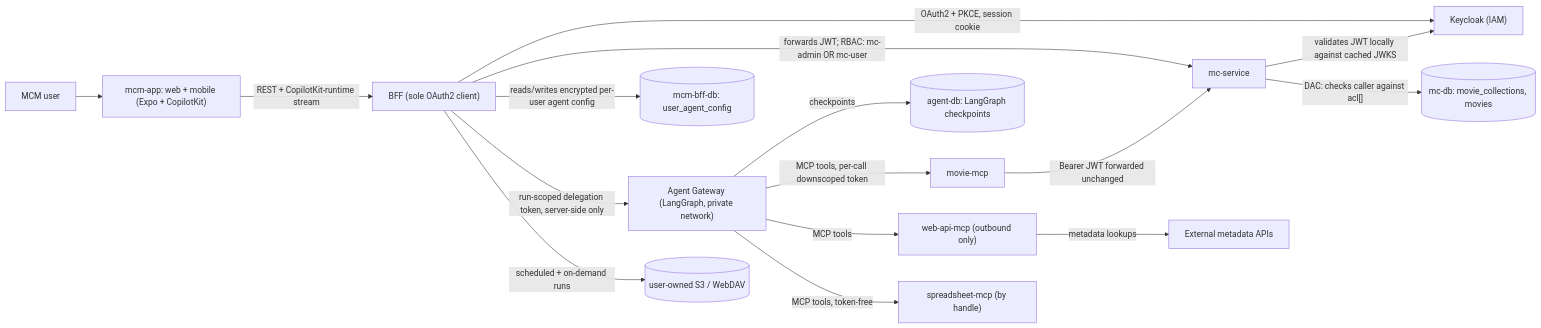
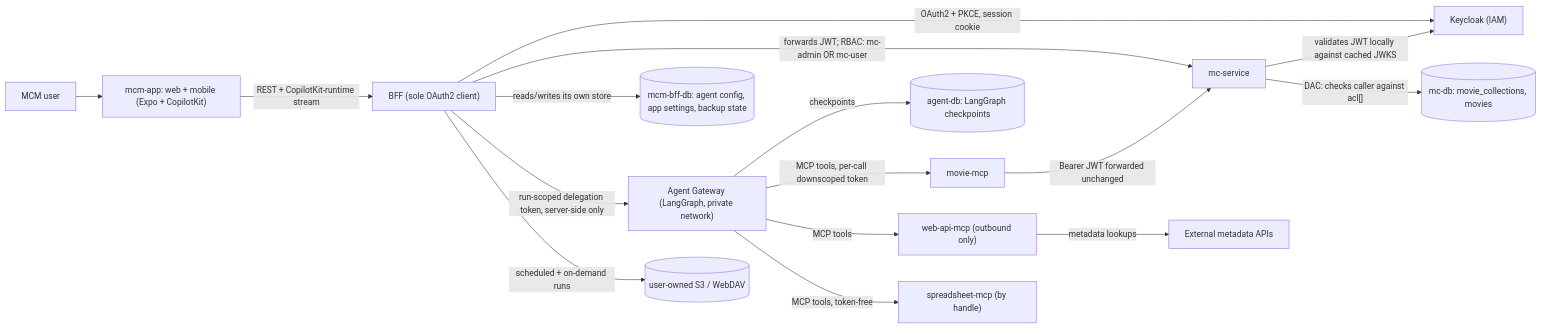
The diagram in openwiki/architecture/system-overview.md (jumbleknot/MovieCollectionManager), drawn with Mermaid before and after one commit. The commit also changed other lines of this file and 1 other file, not shown here.

````diff
--- a/openwiki/architecture/system-overview.md
+++ b/openwiki/architecture/system-overview.md
@@ -97,18 +104,18 @@
 ```mermaid
 flowchart LR
   user["MCM user"] --> app["mcm-app: web + mobile (Expo + CopilotKit)"]
   app -->|"REST + CopilotKit-runtime stream"| bff["BFF (sole OAuth2 client)"]
   bff -->|"OAuth2 + PKCE, session cookie"| kc["Keycloak (IAM)"]
   bff -->|"forwards JWT; RBAC: mc-admin OR mc-user"| mc["mc-service"]
   mc -->|"validates JWT locally against cached JWKS"| kc
   mc -->|"DAC: checks caller against acl[]"| db[("mc-db: movie_collections, movies")]
-  bff -->|"reads/writes encrypted per-user agent config"| bffdb[("mcm-bff-db: user_agent_config")]
+  bff -->|"reads/writes its own store"| bffdb[("mcm-bff-db: agent config, app settings, backup state")]
   bff -->|"run-scoped delegation token, server-side only"| gw["Agent Gateway (LangGraph, private network)"]
   gw -->|"checkpoints"| adb[("agent-db: LangGraph checkpoints")]
   gw -->|"MCP tools, per-call downscoped token"| mmcp["movie-mcp"]
   gw -->|"MCP tools"| wmcp["web-api-mcp (outbound only)"]
   gw -->|"MCP tools, token-free"| smcp["spreadsheet-mcp (by handle)"]
   mmcp -->|"Bearer JWT forwarded unchanged"| mc
   wmcp -->|"metadata lookups"| ext["External metadata APIs"]
   bff -->|"scheduled + on-demand runs"| dest[("user-owned S3 / WebDAV")]
 ```
````
